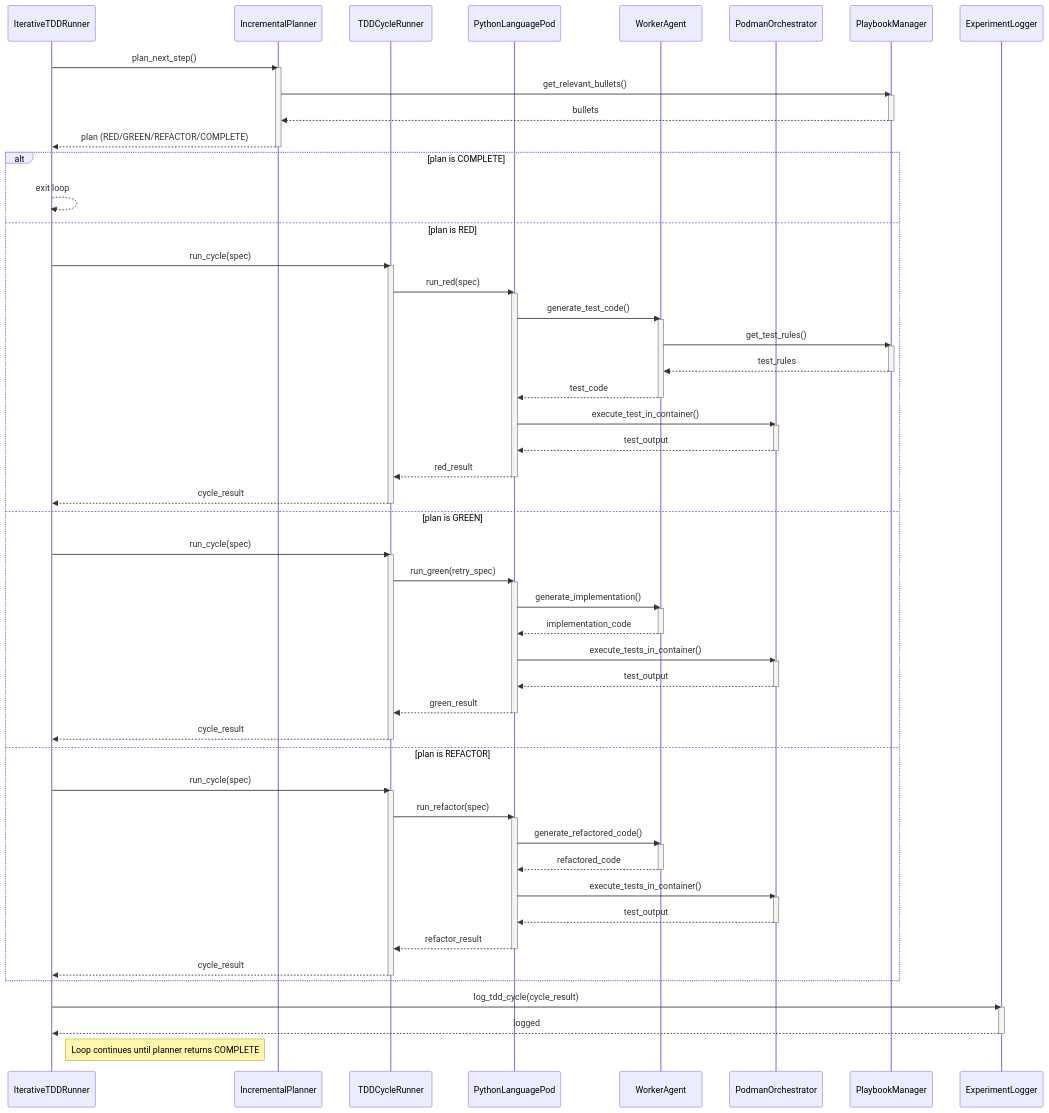
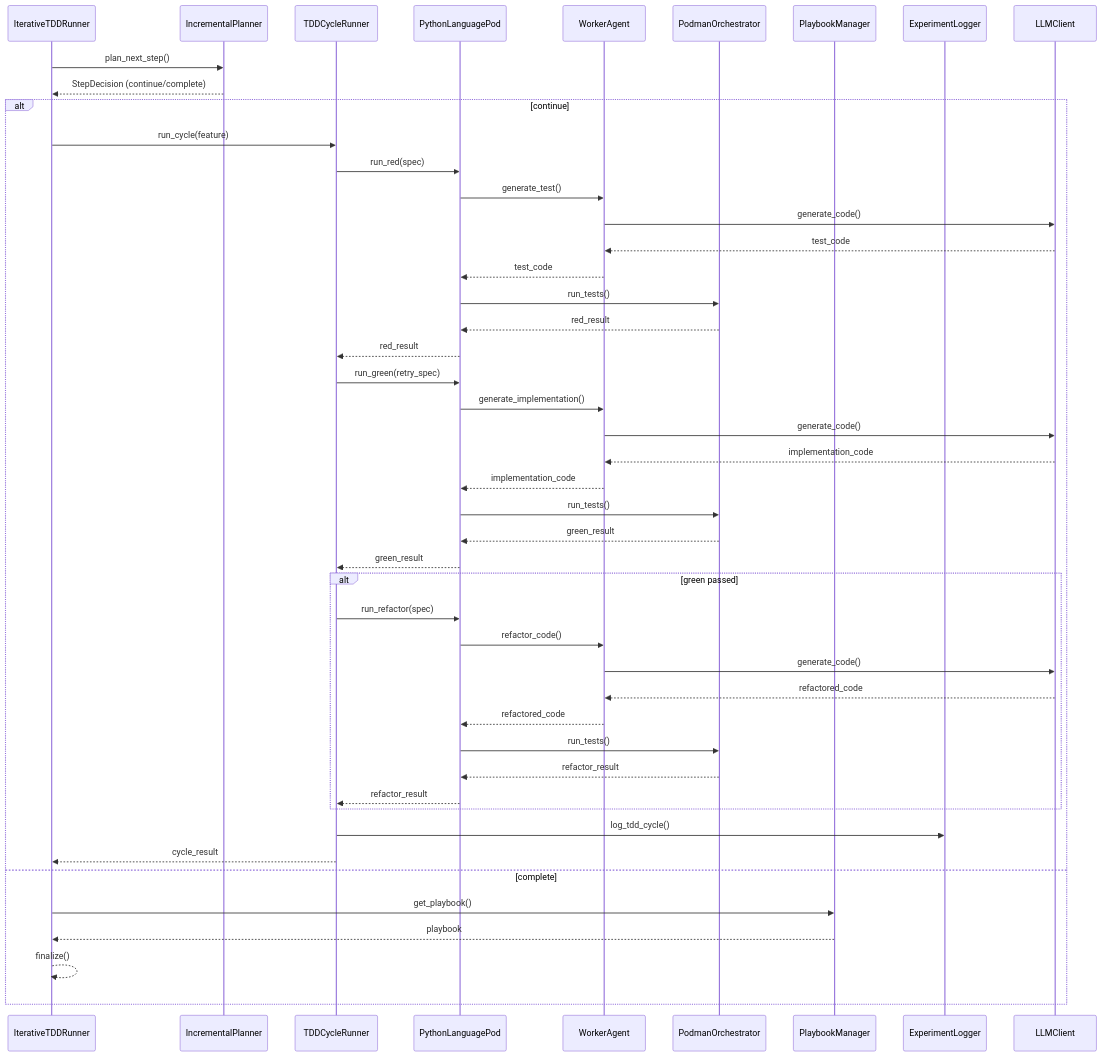
The diagram in docs/SYSTEM_ARCHITECTURE.md (carlhuxley/ace_enterprise), drawn with Mermaid before and after one commit. The commit also changed other lines of this file and 136 other files, not shown here.

````diff
--- a/docs/SYSTEM_ARCHITECTURE.md
+++ b/docs/SYSTEM_ARCHITECTURE.md
@@ -46,79 +44,43 @@
     participant Orch as PodmanOrchestrator
     participant PM as PlaybookManager
     participant Logger as ExperimentLogger
+    participant LLM as LLMClient
 
     Runner->>Planner: plan_next_step()
-    activate Planner
-    Planner->>PM: get_relevant_bullets()
-    activate PM
-    PM-->>Planner: bullets
-    deactivate PM
-    Planner-->>Runner: plan (RED/GREEN/REFACTOR/COMPLETE)
-    deactivate Planner
-
-    alt plan is COMPLETE
-        Runner-->>Runner: exit loop
-    else plan is RED
-        Runner->>Cycle: run_cycle(spec)
-        activate Cycle
+    Planner-->>Runner: StepDecision (continue/complete)
+    alt continue
+        Runner->>Cycle: run_cycle(feature)
         Cycle->>Pod: run_red(spec)
-        activate Pod
-        Pod->>Worker: generate_test_code()
-        activate Worker
-        Worker->>PM: get_test_rules()
-        activate PM
-        PM-->>Worker: test_rules
-        deactivate PM
+        Pod->>Worker: generate_test()
+        Worker->>LLM: generate_code()
+        LLM-->>Worker: test_code
         Worker-->>Pod: test_code
-        deactivate Worker
-        Pod->>Orch: execute_test_in_container()
-        activate Orch
-        Orch-->>Pod: test_output
-        deactivate Orch
+        Pod->>Orch: run_tests()
+        Orch-->>Pod: red_result
         Pod-->>Cycle: red_result
-        deactivate Pod
+        Cycle->>Pod: run_green(retry_spec)
+        Pod->>Worker: generate_implementation()
+        Worker->>LLM: generate_code()
+        LLM-->>Worker: implementation_code
+        Worker-->>Pod: implementation_code
+        Pod->>Orch: run_tests()
+        Orch-->>Pod: green_result
+        Pod-->>Cycle: green_result
+        alt green passed
+            Cycle->>Pod: run_refactor(spec)
+            Pod->>Worker: refactor_code()
+            Worker->>LLM: generate_code()
+            LLM-->>Worker: refactored_code
+            Worker-->>Pod: refactored_code
+            Pod->>Orch: run_tests()
+            Orch-->>Pod: refactor_result
+            Pod-->>Cycle: refactor_result
+        end
+        Cycle->>Logger: log_tdd_cycle()
         Cycle-->>Runner: cycle_result
-        deactivate Cycle
-    else plan is GREEN
-        Runner->>Cycle: run_cycle(spec)
-        activate Cycle
-        Cycle->>Pod: run_green(retry_spec)
-        activate Pod
-        Pod->>Worker: generate_implementation()
-        activate Worker
-        Worker-->>Pod: implementation_code
-        deactivate Worker
-        Pod->>Orch: execute_tests_in_container()
-        activate Orch
-        Orch-->>Pod: test_output
-        deactivate Orch
-        Pod-->>Cycle: green_result
-        deactivate Pod
-        Cycle-->>Runner: cycle_result
-        deactivate Cycle
-    else plan is REFACTOR
-        Runner->>Cycle: run_cycle(spec)
-        activate Cycle
-        Cycle->>Pod: run_refactor(spec)
-        activate Pod
-        Pod->>Worker: generate_refactored_code()
-        activate Worker
-        Worker-->>Pod: refactored_code
-        deactivate Worker
-        Pod->>Orch: execute_tests_in_container()
-        activate Orch
-        Orch-->>Pod: test_output
-        deactivate Orch
-        Pod-->>Cycle: refactor_result
-        deactivate Pod
-        Cycle-->>Runner: cycle_result
-        deactivate Cycle
+    else complete
+        Runner->>PM: get_playbook()
+        PM-->>Runner: playbook
+        Runner-->>Runner: finalize()
     end
-
-    Runner->>Logger: log_tdd_cycle(cycle_result)
-    activate Logger
-    Logger-->>Runner: logged
-    deactivate Logger
-
-    Note right of Runner: Loop continues until planner returns COMPLETE
 ```
````
